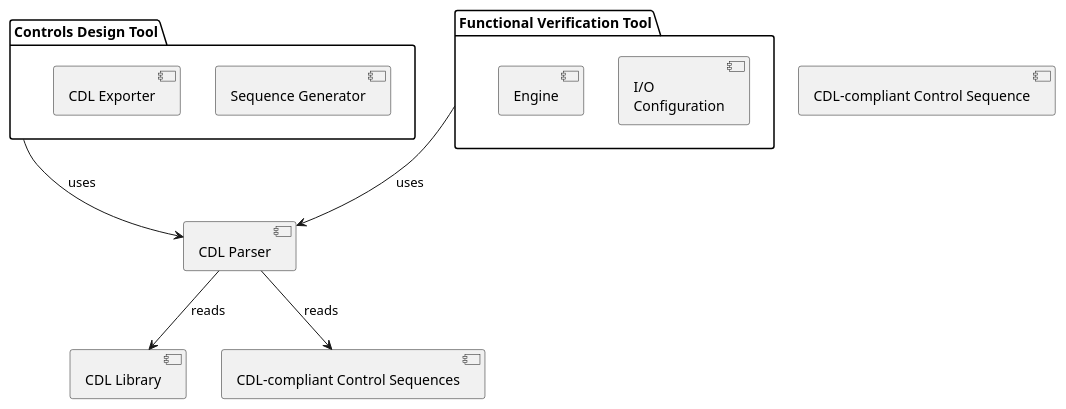
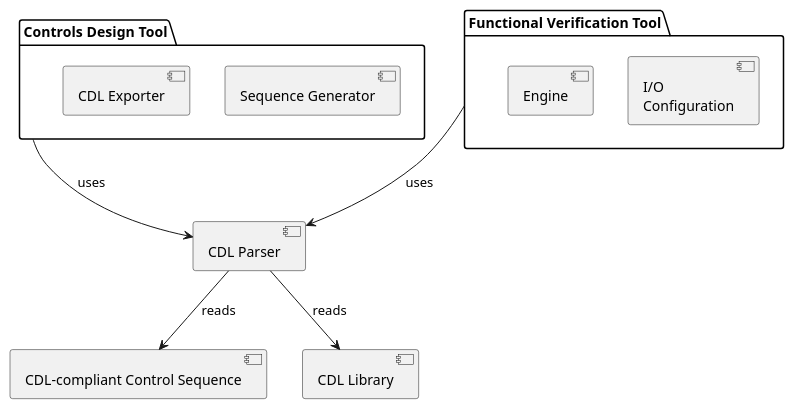
One commit to lbl-srg/obc changed the first of 3 diagrams in specification/source/softwareArchitecture.rst. Above: the diagram before and after it, drawn with PlantUML. The commit also changed other lines of this file and 2 other files, not shown here.

Commit message:
Changed graphic format and corrected capitalization

```diff
--- a/specification/source/softwareArchitecture.rst
+++ b/specification/source/softwareArchitecture.rst
@@ -19,21 +19,22 @@
 .. uml::
    :caption: Overall software architecture.
+   :width: 600px
 
    skinparam componentStyle uml2
 
      package "Controls Design Tool" as ctl_des {
        [Sequence Generator]
        [CDL Exporter]
      }
      package "Functional Verification Tool" as vt{
        [I/O\nConfiguration]
        [Engine]
      }
      [CDL Parser]
      [CDL-compliant Control Sequence]
      [CDL Library]
 
    ctl_des -d-> [CDL Parser]: uses
    vt -d-> [CDL Parser]: uses
-   [CDL Parser] -d-> [CDL-compliant Control Sequences]: reads
+   [CDL Parser] -d-> [CDL-compliant Control Sequence]: reads
    [CDL Parser] -d-> [CDL Library]: reads
```
